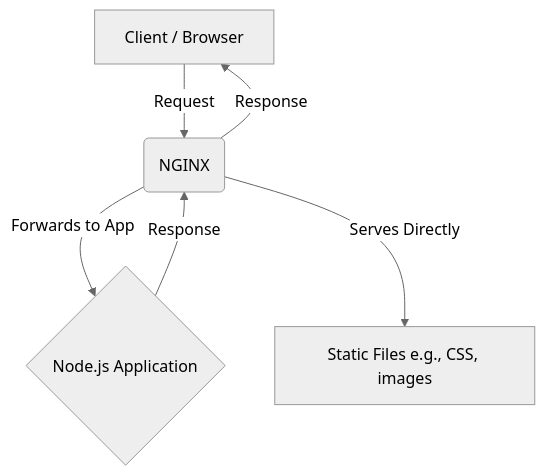
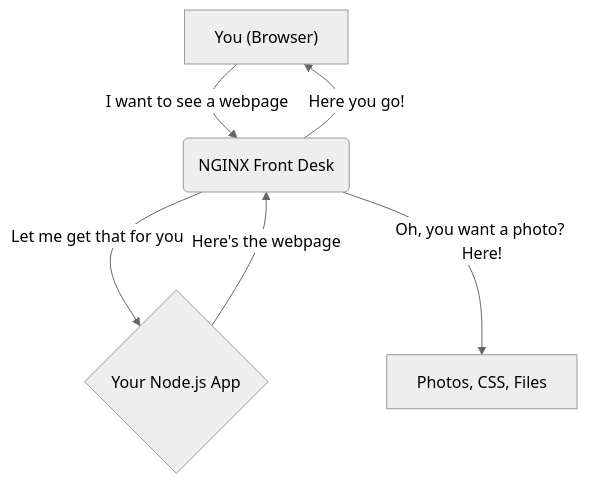
Before and after one commit to AltamashAhmad/Browser_and_Server_guide: the second of 7 diagrams in README.md, drawn with Mermaid (neutral theme). The commit also changed other lines of this file, not shown here.

````diff
--- a/README.md
+++ b/README.md
@@ -102,8 +166,8 @@
 ```mermaid
 graph TD
-    A["Client / Browser"] -->|Request| B("NGINX");
-    B -->|Forwards to App| C{"Node.js Application"};
-    C -->|Response| B;
-    B -->|Response| A;
-    B -->|Serves Directly| D[Static Files e.g., CSS, images];
+    A["You (Browser)"] -->|"I want to see a webpage"| B("NGINX Front Desk");
+    B -->|"Let me get that for you"| C{"Your Node.js App"};
+    C -->|"Here's the webpage"| B;
+    B -->|"Here you go!"| A;
+    B -->|"Oh, you want a photo? Here!"| D[Photos, CSS, Files];
 ```
````
